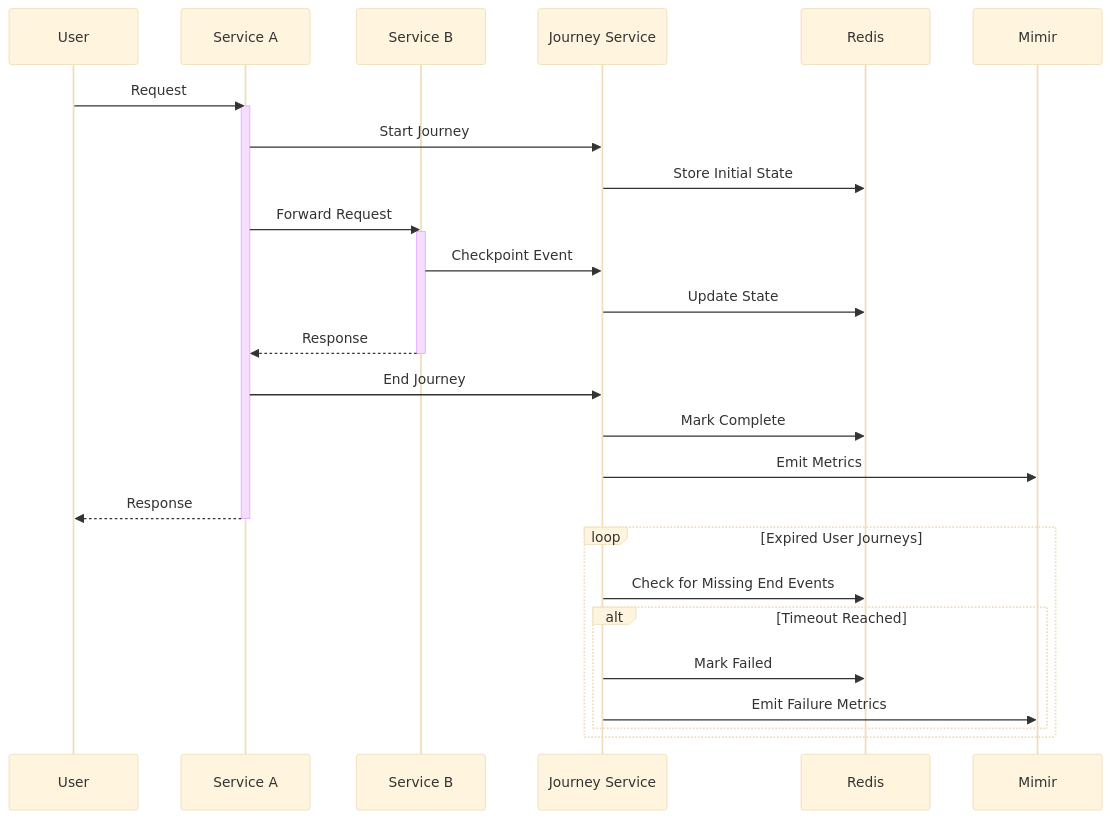
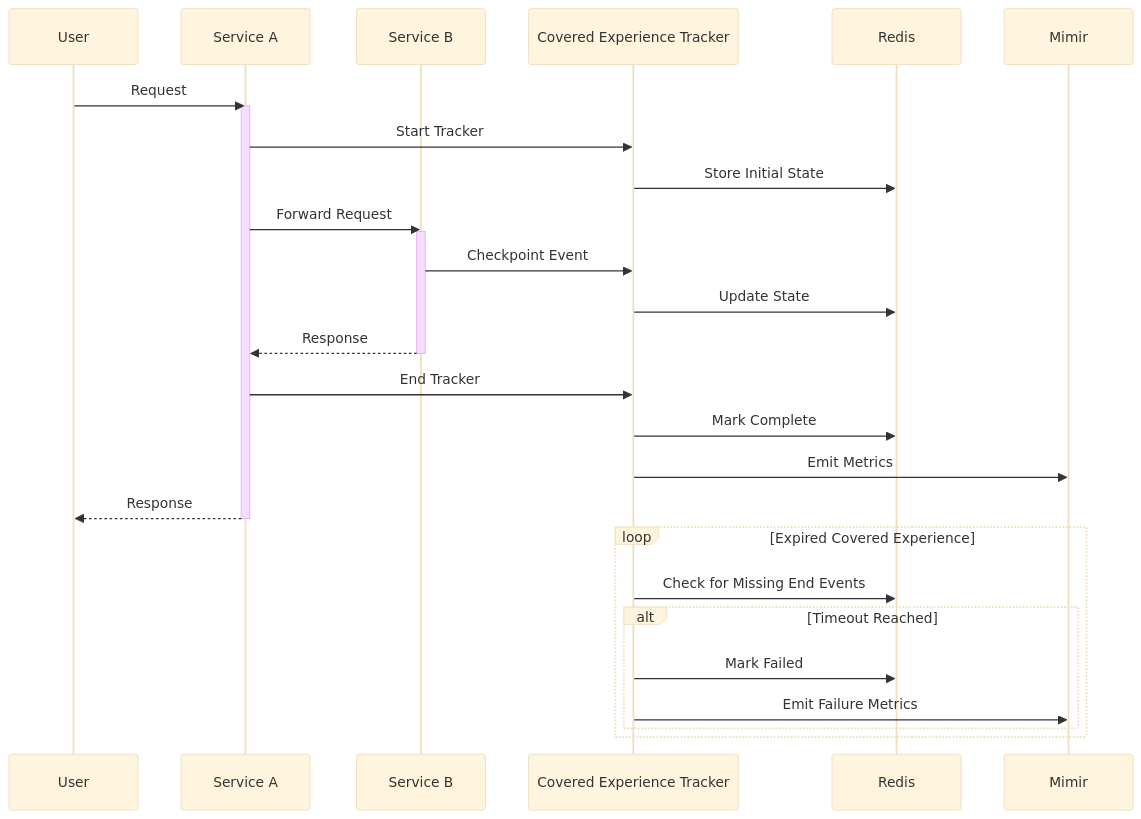
The second of 4 diagrams in content/handbook/engineering/architecture/design-documents/covered_experience_slis/_index.md (zalyoung/gitlab-handbook), drawn with Mermaid (base theme) before and after one commit. The commit also changed other lines of this file, not shown here.

Commit message:
fix: Renaming user journey to covered experience on the rest of the document

````diff
--- a/content/handbook/engineering/architecture/design-documents/covered_experience_slis/_index.md
+++ b/content/handbook/engineering/architecture/design-documents/covered_experience_slis/_index.md
@@ -138,39 +136,39 @@
 ```mermaid
 sequenceDiagram
     participant User
     participant App as Service A
     participant AppB as Service B
-    participant Journey as Journey Service
+    participant Tracker as Covered Experience Tracker
     participant Redis
     participant Metrics as Mimir
 
     User->>App: Request
     activate App
 
-    App->>Journey: Start Journey
-    Journey->>Redis: Store Initial State
+    App->>Tracker: Start Tracker
+    Tracker->>Redis: Store Initial State
 
     App->>AppB: Forward Request
     activate AppB
 
-    AppB->>Journey: Checkpoint Event
-    Journey->>Redis: Update State
+    AppB->>Tracker: Checkpoint Event
+    Tracker->>Redis: Update State
 
     AppB-->>App: Response
     deactivate AppB
 
-    App->>Journey: End Journey
-    Journey->>Redis: Mark Complete
-    Journey->>Metrics: Emit Metrics
+    App->>Tracker: End Tracker
+    Tracker->>Redis: Mark Complete
+    Tracker->>Metrics: Emit Metrics
 
     App-->>User: Response
     deactivate App
 
-    loop Expired User Journeys
-        Journey->>Redis: Check for Missing End Events
+    loop Expired Covered Experience
+        Tracker->>Redis: Check for Missing End Events
         alt Timeout Reached
-            Journey->>Redis: Mark Failed
-            Journey->>Metrics: Emit Failure Metrics
+            Tracker->>Redis: Mark Failed
+            Tracker->>Metrics: Emit Failure Metrics
         end
     end
 ```
````
